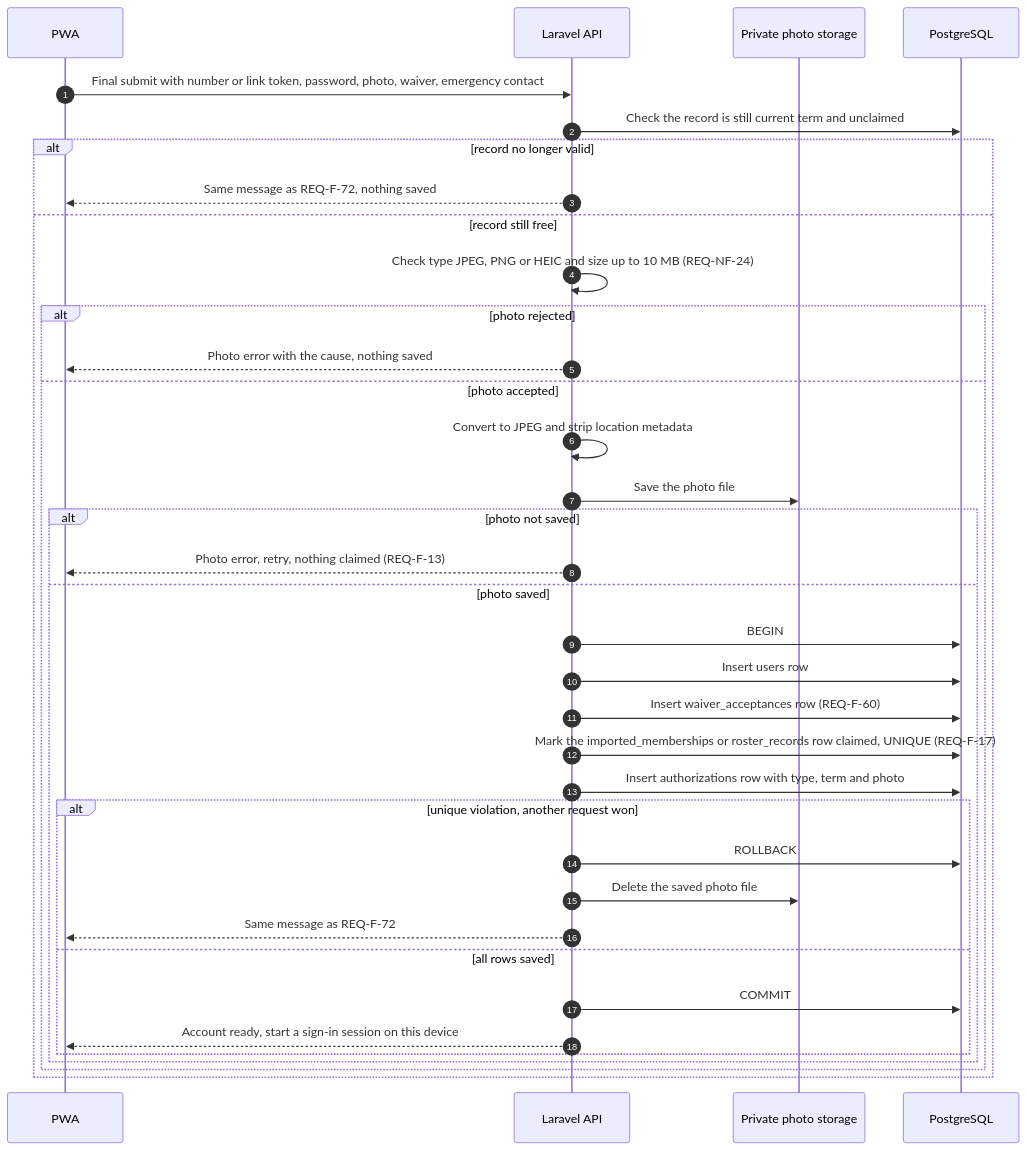
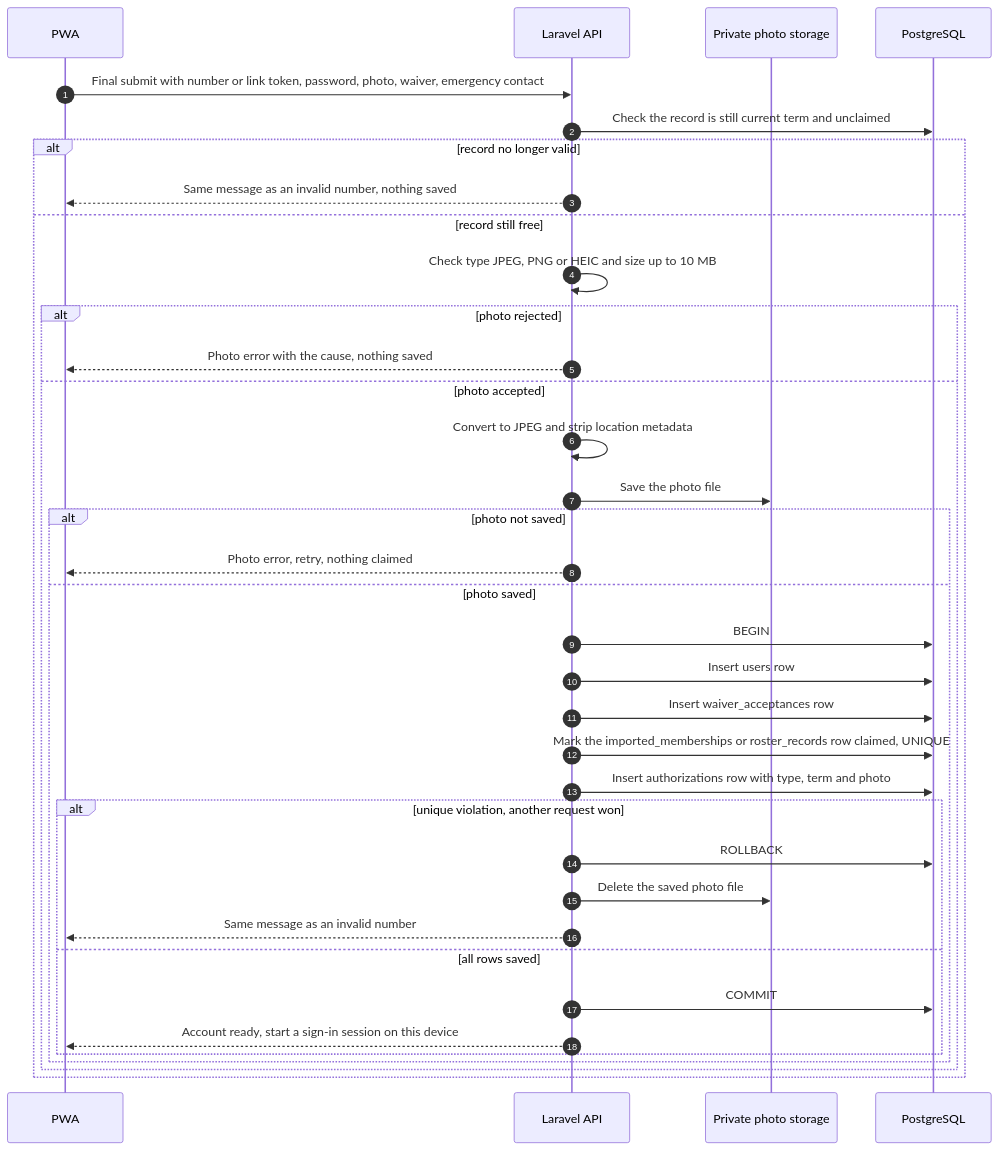
Before and after one commit to Th3-Minorities/natatorio-gym-app: the third of 9 diagrams in docs/design/registration-flows.md, drawn with Mermaid. The commit also changed other lines of this file, not shown here.

````diff
--- a/docs/design/registration-flows.md
+++ b/docs/design/registration-flows.md
@@ -78,38 +84,38 @@
 ```mermaid
 sequenceDiagram
   autonumber
   participant P as PWA
   participant A as Laravel API
   participant F as Private photo storage
   participant D as PostgreSQL
   P->>A: Final submit with number or link token, password, photo, waiver, emergency contact
   A->>D: Check the record is still current term and unclaimed
   alt record no longer valid
-    A-->>P: Same message as REQ-F-72, nothing saved
+    A-->>P: Same message as an invalid number, nothing saved
   else record still free
-    A->>A: Check type JPEG, PNG or HEIC and size up to 10 MB (REQ-NF-24)
+    A->>A: Check type JPEG, PNG or HEIC and size up to 10 MB
     alt photo rejected
       A-->>P: Photo error with the cause, nothing saved
     else photo accepted
       A->>A: Convert to JPEG and strip location metadata
       A->>F: Save the photo file
       alt photo not saved
-        A-->>P: Photo error, retry, nothing claimed (REQ-F-13)
+        A-->>P: Photo error, retry, nothing claimed
       else photo saved
         A->>D: BEGIN
         A->>D: Insert users row
-        A->>D: Insert waiver_acceptances row (REQ-F-60)
-        A->>D: Mark the imported_memberships or roster_records row claimed, UNIQUE (REQ-F-17)
+        A->>D: Insert waiver_acceptances row
+        A->>D: Mark the imported_memberships or roster_records row claimed, UNIQUE
         A->>D: Insert authorizations row with type, term and photo
         alt unique violation, another request won
           A->>D: ROLLBACK
           A->>F: Delete the saved photo file
-          A-->>P: Same message as REQ-F-72
+          A-->>P: Same message as an invalid number
         else all rows saved
           A->>D: COMMIT
           A-->>P: Account ready, start a sign-in session on this device
         end
       end
     end
   end
 ```
````
